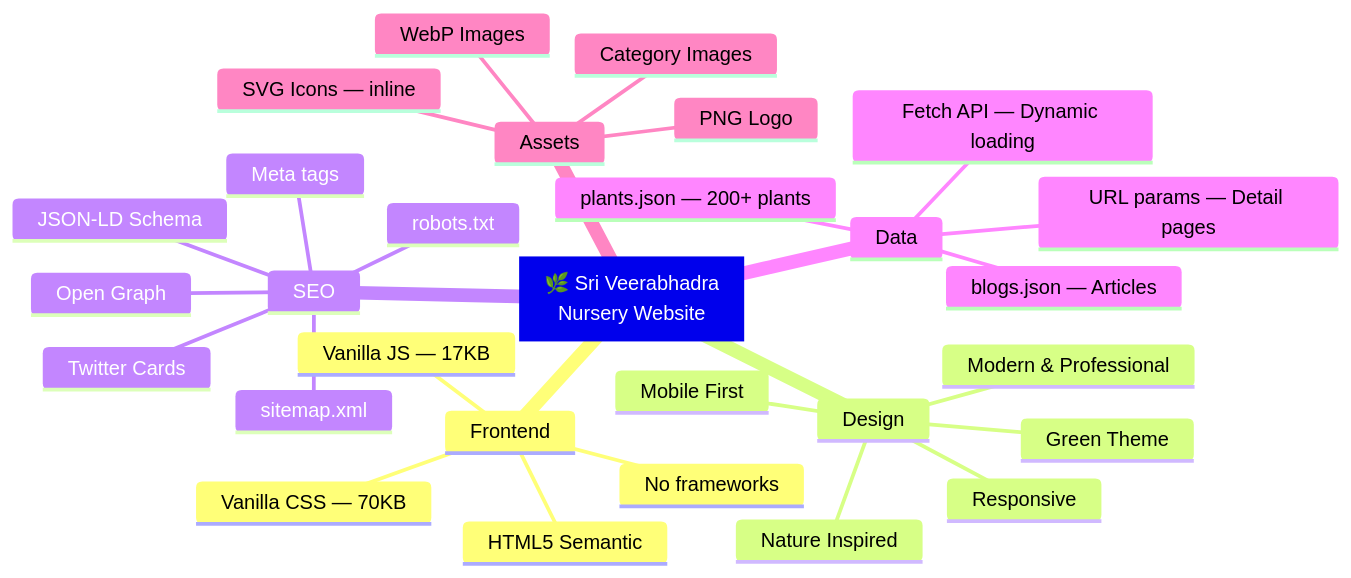
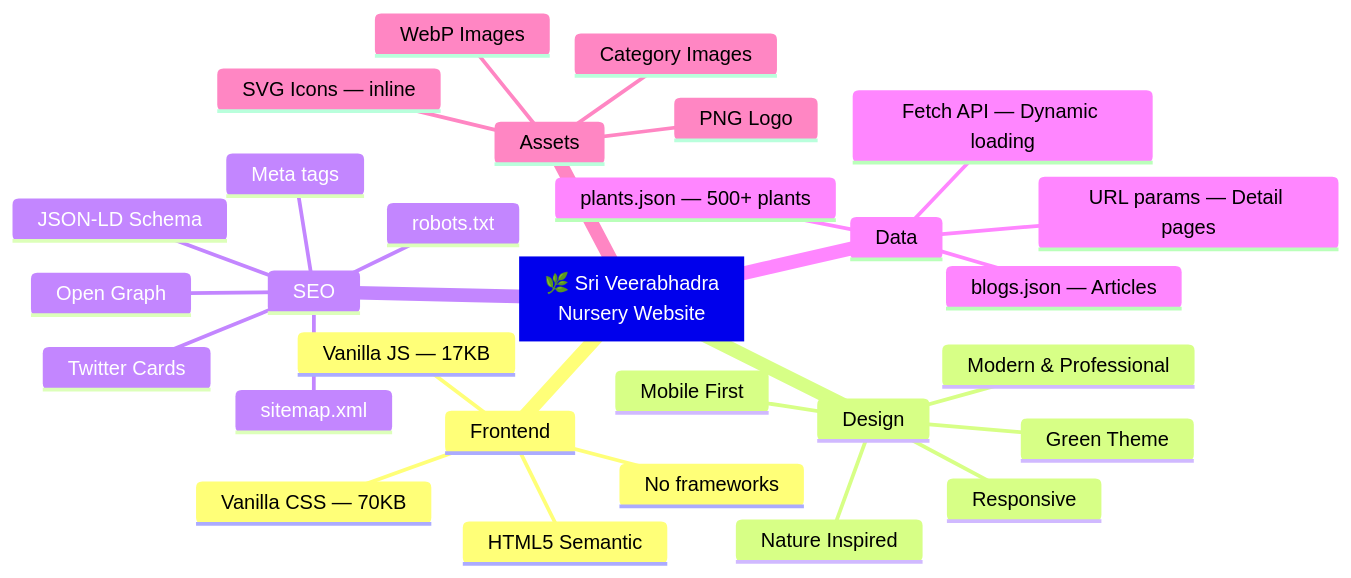
One commit to vvsnmurthy3758/sriveerabhadranursery changed the fifth of 6 diagrams in project_visual_overview.md. Above: the diagram before and after it, drawn with Mermaid. The commit also changed other lines of this file and 10 other files, not shown here.

````diff
--- a/project_visual_overview.md
+++ b/project_visual_overview.md
@@ -201,32 +201,32 @@
 ```mermaid
 mindmap
     root["🌿 Sri Veerabhadra<br/>Nursery Website"]
         Frontend
             HTML5 Semantic
             Vanilla CSS — 70KB
             Vanilla JS — 17KB
             No frameworks
         Design
             Green Theme
             Mobile First
             Responsive
             Modern & Professional
             Nature Inspired
         SEO
             Meta tags
             Open Graph
             Twitter Cards
             JSON-LD Schema
             sitemap.xml
             robots.txt
         Data
-            plants.json — 200+ plants
+            plants.json — 500+ plants
             blogs.json — Articles
             Fetch API — Dynamic loading
             URL params — Detail pages
         Assets
             WebP Images
             SVG Icons — inline
             PNG Logo
             Category Images
 ```
````
